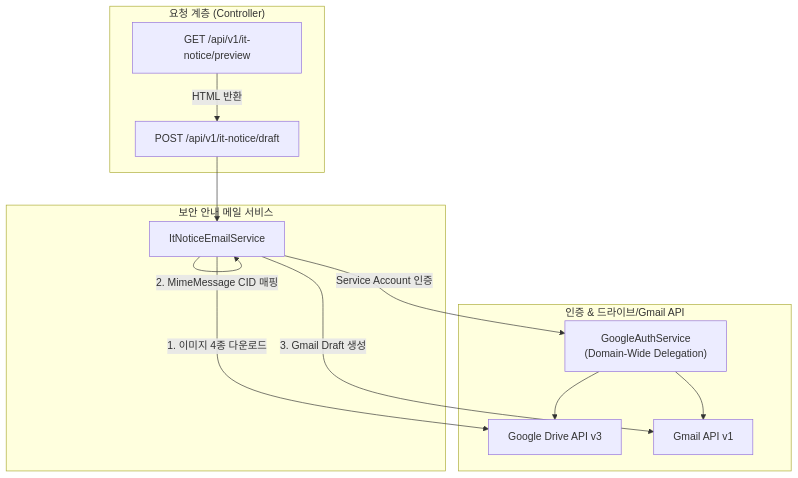
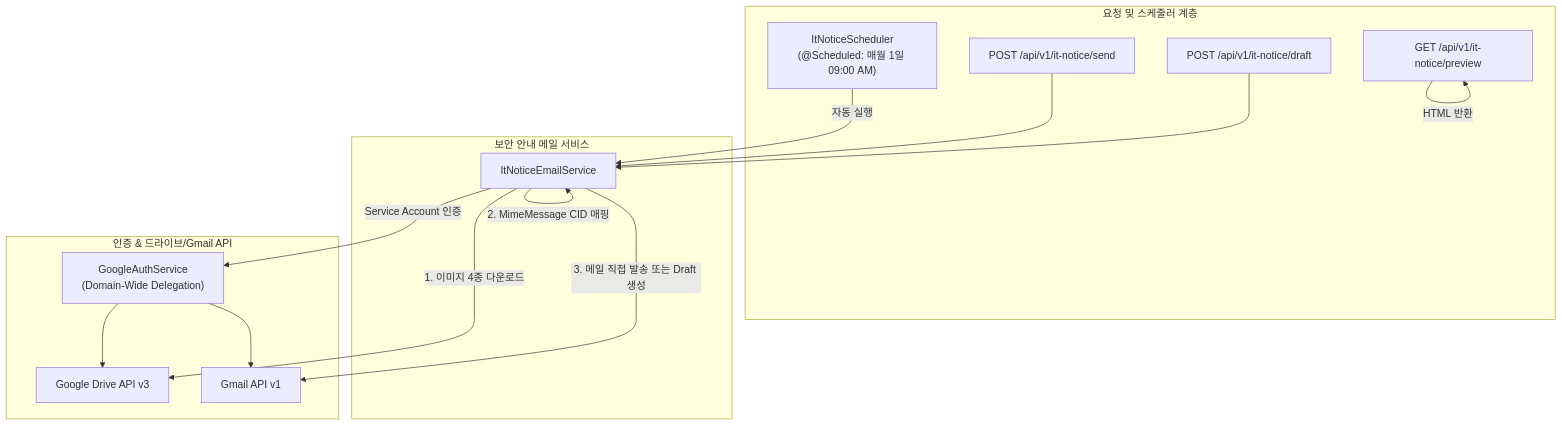
Before and after one commit to FATES-CODE/FATES-SYSTEM: the diagram in Desktop/fates-system/fates-system/docs/it_notice_automation_design_specification.md, drawn with Mermaid. The commit also changed other lines of this file and 7 other files, not shown here.

````diff
--- a/Desktop/fates-system/fates-system/docs/it_notice_automation_design_specification.md
+++ b/Desktop/fates-system/fates-system/docs/it_notice_automation_design_specification.md
@@ -29,29 +30,34 @@
 ```mermaid
 flowchart TD
-    subgraph TriggerLayer ["요청 계층 (Controller)"]
+    subgraph TriggerLayer ["요청 및 스케줄러 계층"]
+        Sched["ItNoticeScheduler
+(@Scheduled: 매월 1일 09:00 AM)"]
+        SendReq["POST /api/v1/it-notice/send"]
         DraftReq["POST /api/v1/it-notice/draft"]
         PreviewReq["GET /api/v1/it-notice/preview"]
     end
 
     subgraph CoreService ["보안 안내 메일 서비스"]
         ItNoticeService["ItNoticeEmailService"]
     end
 
     subgraph AuthLayer ["인증 & 드라이브/Gmail API"]
         GoogleAuth["GoogleAuthService
 (Domain-Wide Delegation)"]
         GDrive["Google Drive API v3"]
         Gmail["Gmail API v1"]
     end
 
+    Sched -->|자동 실행| ItNoticeService
+    SendReq --> ItNoticeService
     DraftReq --> ItNoticeService
-    PreviewReq -->|HTML 반환| DraftReq
+    PreviewReq -->|HTML 반환| PreviewReq
 
     ItNoticeService -->|Service Account 인증| GoogleAuth
     GoogleAuth --> GDrive
     GoogleAuth --> Gmail
 
     ItNoticeService -->|1. 이미지 4종 다운로드| GDrive
     ItNoticeService -->|2. MimeMessage CID 매핑| ItNoticeService
-    ItNoticeService -->|3. Gmail Draft 생성| Gmail
+    ItNoticeService -->|3. 메일 직접 발송 또는 Draft 생성| Gmail
 ```
````
